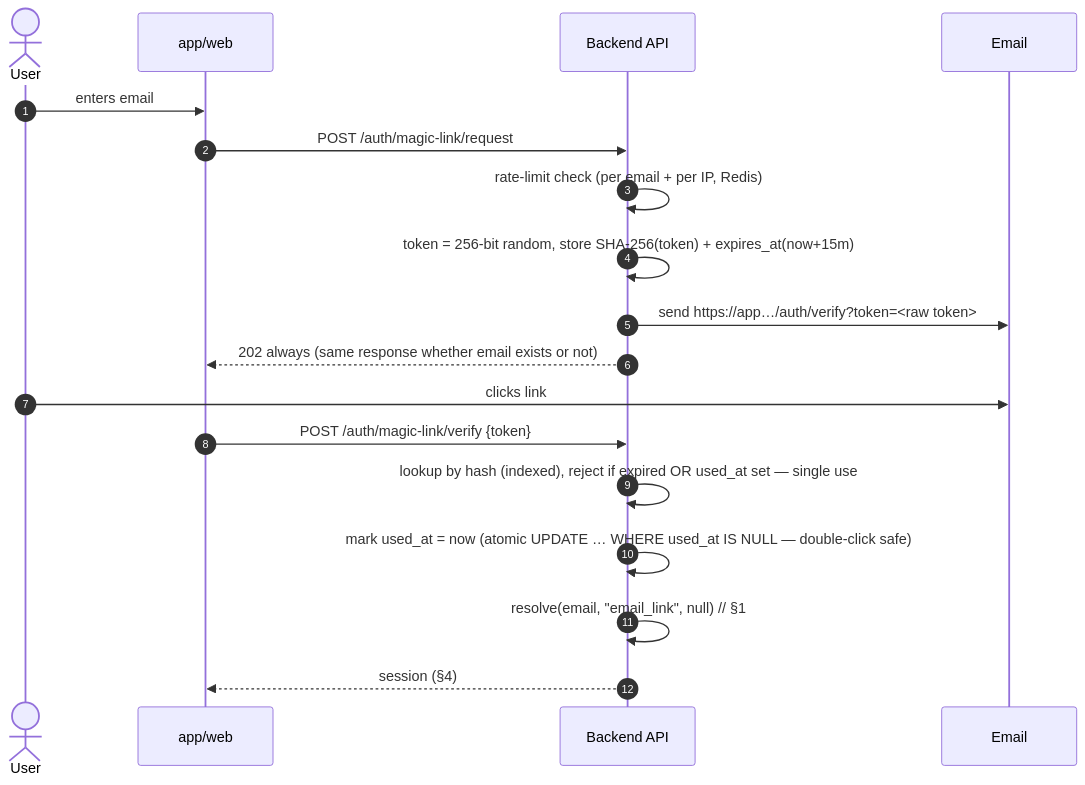
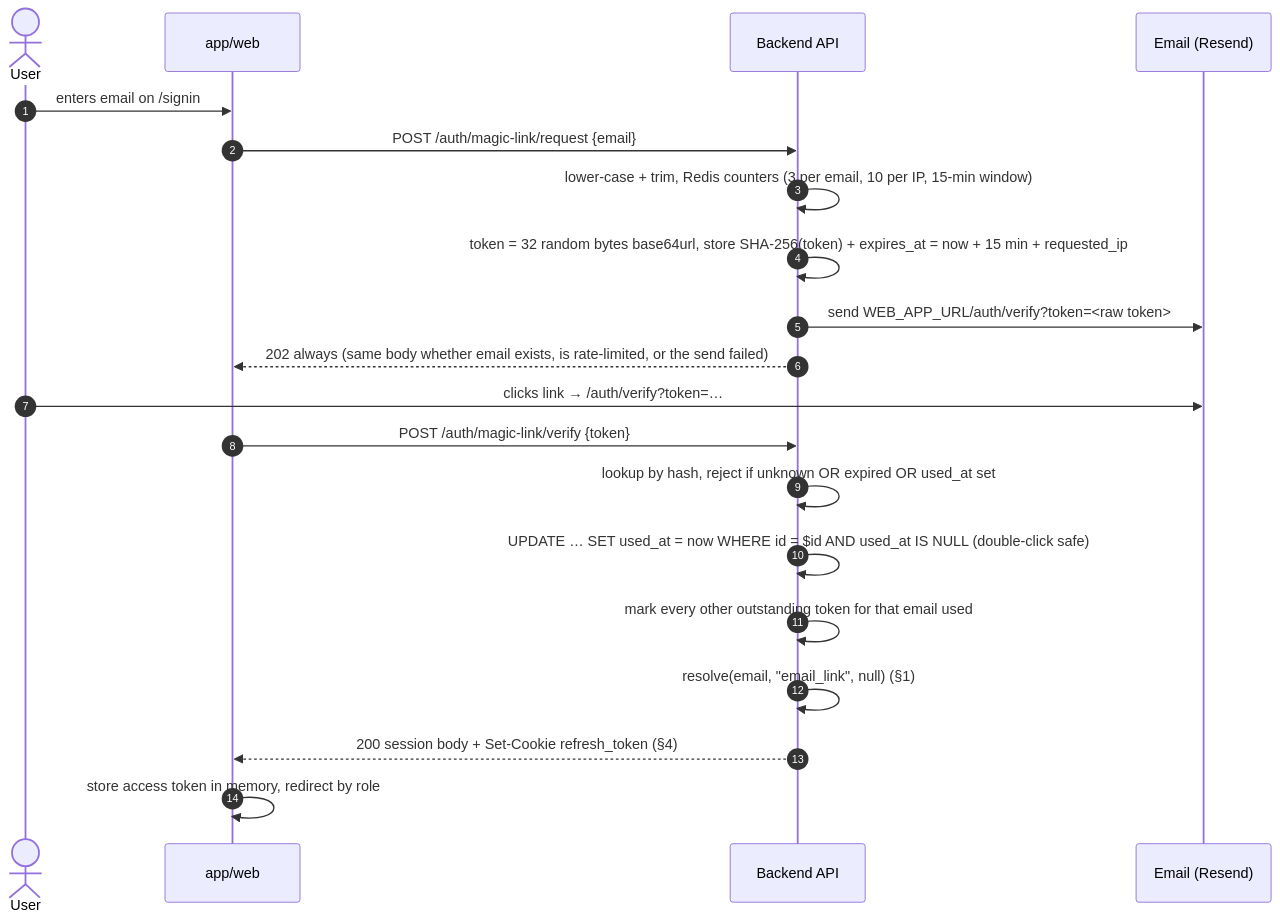
Before and after one commit to Kamel-27/travel-platform: the second of 2 diagrams in docs/auth_flow.md, drawn with Mermaid. The commit also changed other lines of this file and 7 other files, not shown here.

First line of the commit message:
docs: re-verify every living design doc against the code

````diff
--- a/docs/auth_flow.md
+++ b/docs/auth_flow.md
@@ -58,21 +83,23 @@
 ```mermaid
 sequenceDiagram
     autonumber
     actor U as User
     participant W as app/web
     participant API as Backend API
-    participant M as Email
+    participant M as Email (Resend)
 
-    U->>W: enters email
-    W->>API: POST /auth/magic-link/request
-    API->>API: rate-limit check (per email + per IP, Redis)
-    API->>API: token = 256-bit random, store SHA-256(token) + expires_at(now+15m)
-    API->>M: send https://app…/auth/verify?token=<raw token>
-    API-->>W: 202 always (same response whether email exists or not)
-    U->>M: clicks link
+    U->>W: enters email on /signin
+    W->>API: POST /auth/magic-link/request {email}
+    API->>API: lower-case + trim, Redis counters (3 per email, 10 per IP, 15-min window)
+    API->>API: token = 32 random bytes base64url, store SHA-256(token) + expires_at = now + 15 min + requested_ip
+    API->>M: send WEB_APP_URL/auth/verify?token=<raw token>
+    API-->>W: 202 always (same body whether email exists, is rate-limited, or the send failed)
+    U->>M: clicks link → /auth/verify?token=…
     W->>API: POST /auth/magic-link/verify {token}
-    API->>API: lookup by hash (indexed), reject if expired OR used_at set — single use
-    API->>API: mark used_at = now (atomic UPDATE … WHERE used_at IS NULL — double-click safe)
-    API->>API: resolve(email, "email_link", null)   // §1
-    API-->>W: session (§4)
+    API->>API: lookup by hash, reject if unknown OR expired OR used_at set
+    API->>API: UPDATE … SET used_at = now WHERE id = $id AND used_at IS NULL (double-click safe)
+    API->>API: mark every other outstanding token for that email used
+    API->>API: resolve(email, "email_link", null)   (§1)
+    API-->>W: 200 session body + Set-Cookie refresh_token (§4)
+    W->>W: store access token in memory, redirect by role
 ```
````
